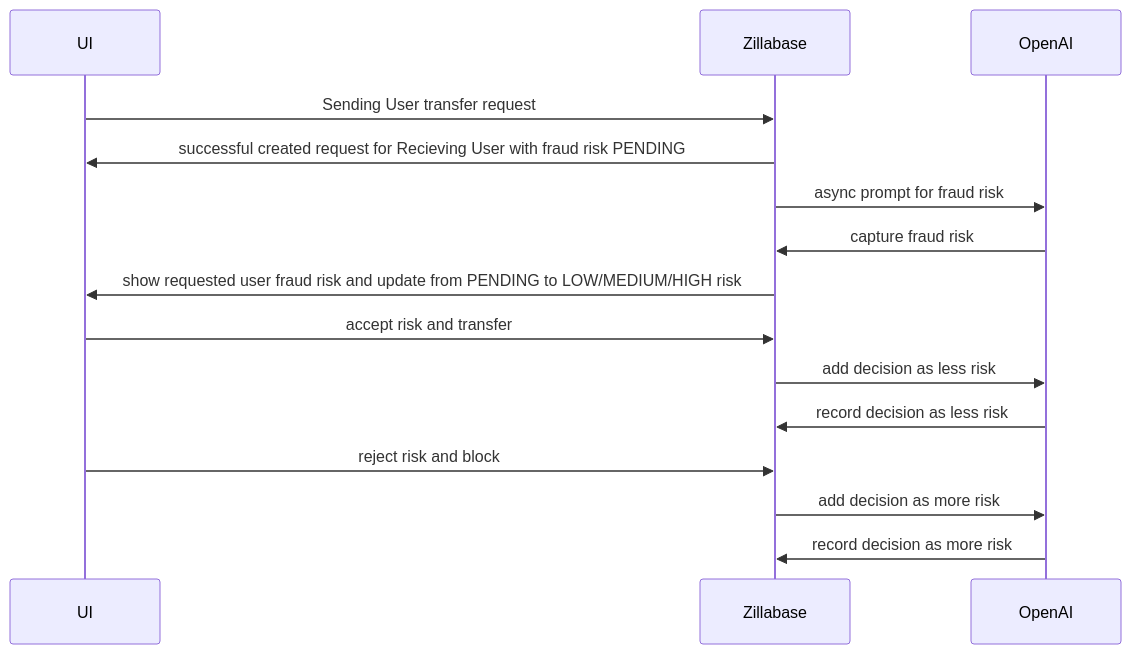
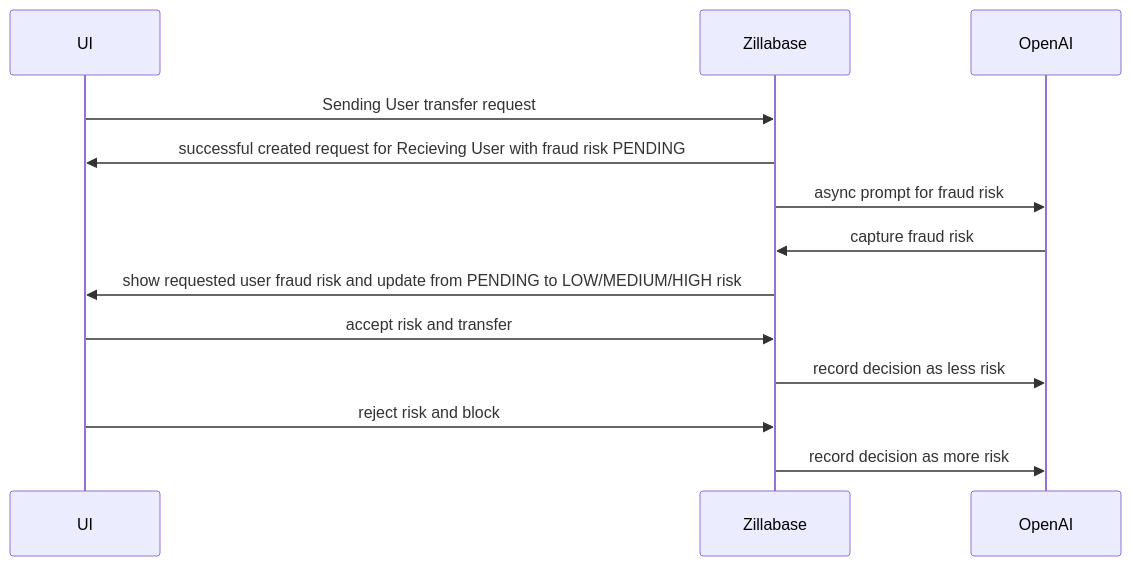
Before and after one commit to aklivity/zillabase: the diagram in examples/openai/README.md, drawn with Mermaid.

Commit message:
remove back arrow for decisions

````diff
--- a/examples/openai/README.md
+++ b/examples/openai/README.md
@@ -2,14 +2,12 @@
 ```mermaid
 sequenceDiagram
     UI->>Zillabase: Sending User transfer request
     Zillabase->>UI: successful created request for Recieving User with fraud risk PENDING
     Zillabase->>OpenAI: async prompt for fraud risk
     OpenAI->>Zillabase: capture fraud risk
     Zillabase->>UI: show requested user fraud risk and update from PENDING to LOW/MEDIUM/HIGH risk
     UI->>Zillabase: accept risk and transfer
-    Zillabase->>OpenAI: add decision as less risk
-    OpenAI->>Zillabase: record decision as less risk
+    Zillabase->>OpenAI: record decision as less risk
     UI->>Zillabase: reject risk and block
-    Zillabase->>OpenAI: add decision as more risk
-    OpenAI->>Zillabase: record decision as more risk
+    Zillabase->>OpenAI: record decision as more risk
 ```
````
